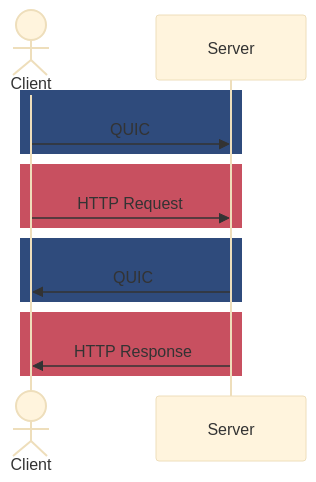
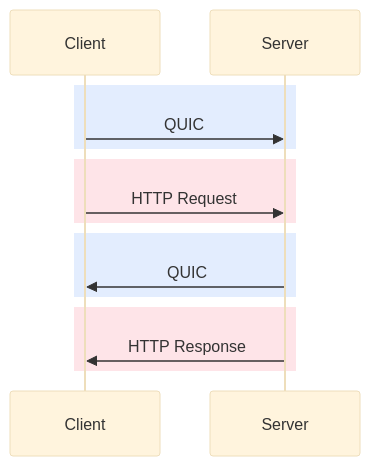
One commit to sudorandom/kmcd.dev changed the third of 3 diagrams in content/posts/2024/grpc-over-http3/index.md. Above: the diagram before and after it, drawn with Mermaid (base theme). The commit also changed other lines of this file and 24 other files, not shown here.

````diff
--- a/content/posts/2024/grpc-over-http3/index.md
+++ b/content/posts/2024/grpc-over-http3/index.md
@@ -85,18 +87,19 @@
 ```mermaid
 sequenceDiagram
-    actor Client
+    participant Client
+    participant Server
 
-    rect rgb(47,75,124)
+    rect rgba(59, 130, 246, 0.14)
         Client ->> Server: QUIC
     end
-    rect rgb(200,80,96)
+    rect rgba(244, 63, 94, 0.14)
         Client ->> Server: HTTP Request
     end
 
-    rect rgb(47,75,124)
+    rect rgba(59, 130, 246, 0.14)
         Server ->> Client: QUIC
     end
-    rect rgb(200,80,96)
+    rect rgba(244, 63, 94, 0.14)
         Server ->> Client: HTTP Response
     end
 ```
````
